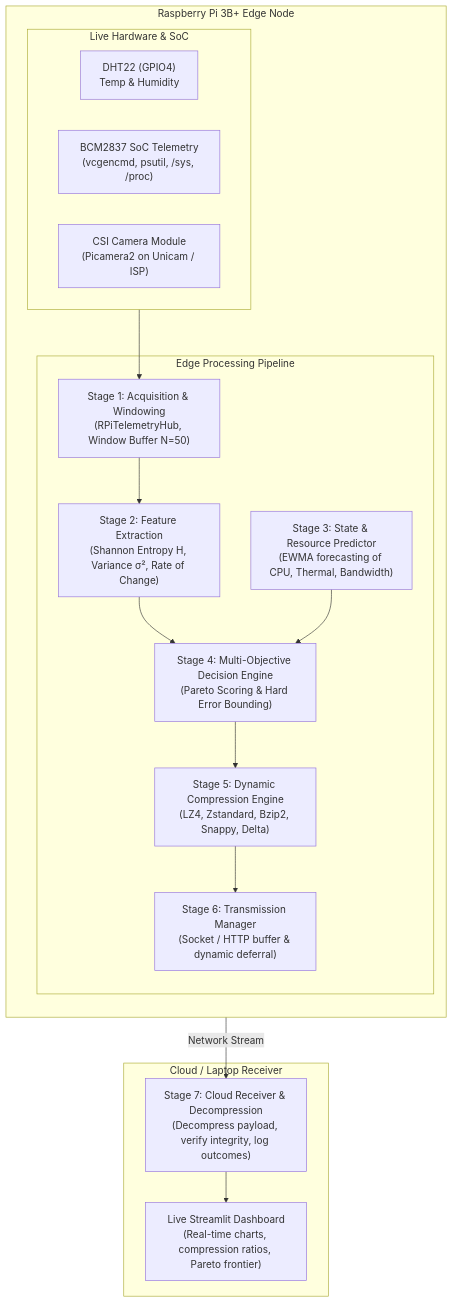
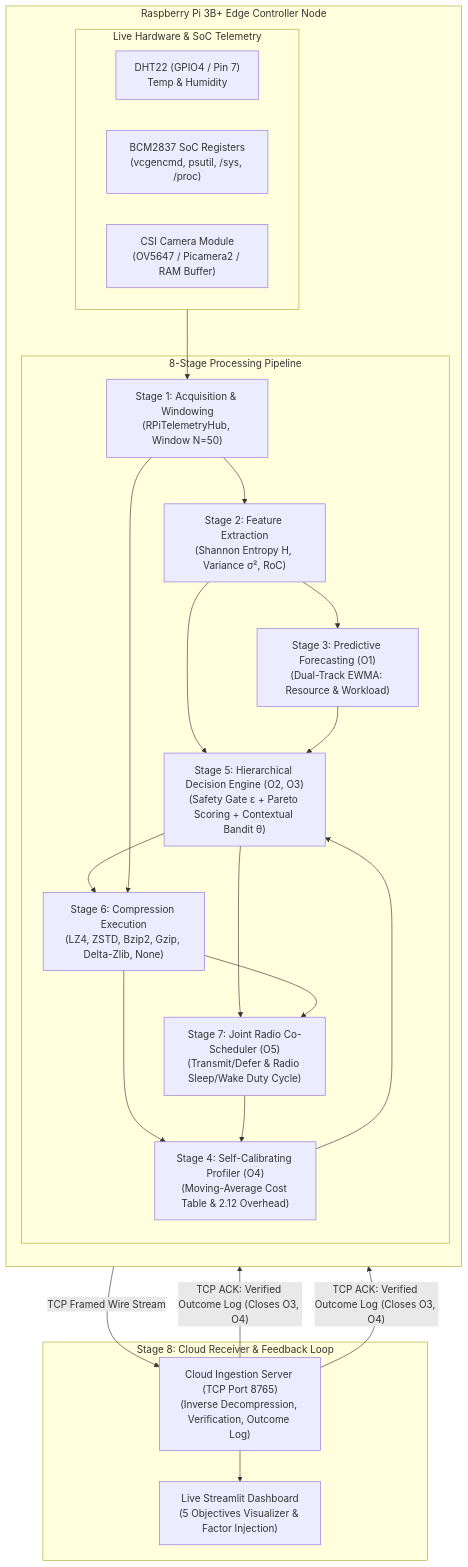
One commit to jain05vaibhav/Predictive-Multi-Objective-Compression-Selection changed the diagram in README.md. Above: the diagram before and after it, drawn with Mermaid. The commit also changed other lines of this file and 55 other files, not shown here.

````diff
--- a/README.md
+++ b/README.md
@@ -11,35 +17,41 @@
 ```mermaid
 flowchart TD
-    subgraph EdgeDevice ["Raspberry Pi 3B+ Edge Node"]
+    subgraph EdgeDevice ["Raspberry Pi 3B+ Edge Controller Node"]
         direction TB
-        subgraph Hardware ["Live Hardware & SoC"]
-            D["DHT22 (GPIO4)\nTemp & Humidity"]
-            S["BCM2837 SoC Telemetry\n(vcgencmd, psutil, /sys, /proc)"]
-            C["CSI Camera Module\n(Picamera2 on Unicam / ISP)"]
+        subgraph Hardware ["Live Hardware & SoC Telemetry"]
+            D["DHT22 (GPIO4 / Pin 7)\nTemp & Humidity"]
+            S["BCM2837 SoC Registers\n(vcgencmd, psutil, /sys, /proc)"]
+            C["CSI Camera Module\n(OV5647 / Picamera2 / RAM Buffer)"]
         end
 
-        subgraph Pipeline ["Edge Processing Pipeline"]
-            S1["Stage 1: Acquisition & Windowing\n(RPiTelemetryHub, Window Buffer N=50)"]
-            S2["Stage 2: Feature Extraction\n(Shannon Entropy H, Variance σ², Rate of Change)"]
-            S3["Stage 3: State & Resource Predictor\n(EWMA forecasting of CPU, Thermal, Bandwidth)"]
-            S4["Stage 4: Multi-Objective Decision Engine\n(Pareto Scoring & Hard Error Bounding)"]
-            S5["Stage 5: Dynamic Compression Engine\n(LZ4, Zstandard, Bzip2, Snappy, Delta)"]
-            S6["Stage 6: Transmission Manager\n(Socket / HTTP buffer & dynamic deferral)"]
+        subgraph Pipeline ["8-Stage Processing Pipeline"]
+            S1["Stage 1: Acquisition & Windowing\n(RPiTelemetryHub, Window N=50)"]
+            S2["Stage 2: Feature Extraction\n(Shannon Entropy H, Variance σ², RoC)"]
+            S3["Stage 3: Predictive Forecasting (O1)\n(Dual-Track EWMA: Resource & Workload)"]
+            S4["Stage 4: Self-Calibrating Profiler (O4)\n(Moving-Average Cost Table & 2.12 Overhead)"]
+            S5["Stage 5: Hierarchical Decision Engine (O2, O3)\n(Safety Gate ε + Pareto Scoring + Contextual Bandit θ)"]
+            S6["Stage 6: Compression Execution\n(LZ4, ZSTD, Bzip2, Gzip, Delta-Zlib, None)"]
+            S7["Stage 7: Joint Radio Co-Scheduler (O5)\n(Transmit/Defer & Radio Sleep/Wake Duty Cycle)"]
         end
 
         Hardware --> S1
         S1 --> S2
-        S2 --> S4
-        S3 --> S4
+        S2 --> S3
+        S2 & S3 --> S5
         S4 --> S5
         S5 --> S6
+        S1 --> S6
+        S5 --> S7
+        S6 --> S7
+        S6 & S7 --> S4
     end
 
-    subgraph CloudServer ["Cloud / Laptop Receiver"]
-        S7["Stage 7: Cloud Receiver & Decompression\n(Decompress payload, verify integrity, log outcomes)"]
-        DASH["Live Streamlit Dashboard\n(Real-time charts, compression ratios, Pareto frontier)"]
-        S7 --> DASH
+    subgraph CloudServer ["Stage 8: Cloud Receiver & Feedback Loop"]
+        S8["Cloud Ingestion Server (TCP Port 8765)\n(Inverse Decompression, Verification, Outcome Log)"]
+        DASH["Live Streamlit Dashboard\n(5 Objectives Visualizer & Factor Injection)"]
+        S8 --> DASH
     end
 
-    S6 -- Network Stream --> S7
+    S7 -- "TCP Framed Wire Stream" --> S8
+    S8 -- "TCP ACK: Verified Outcome Log (Closes O3, O4)" --> S4 & S5
 ```
````
